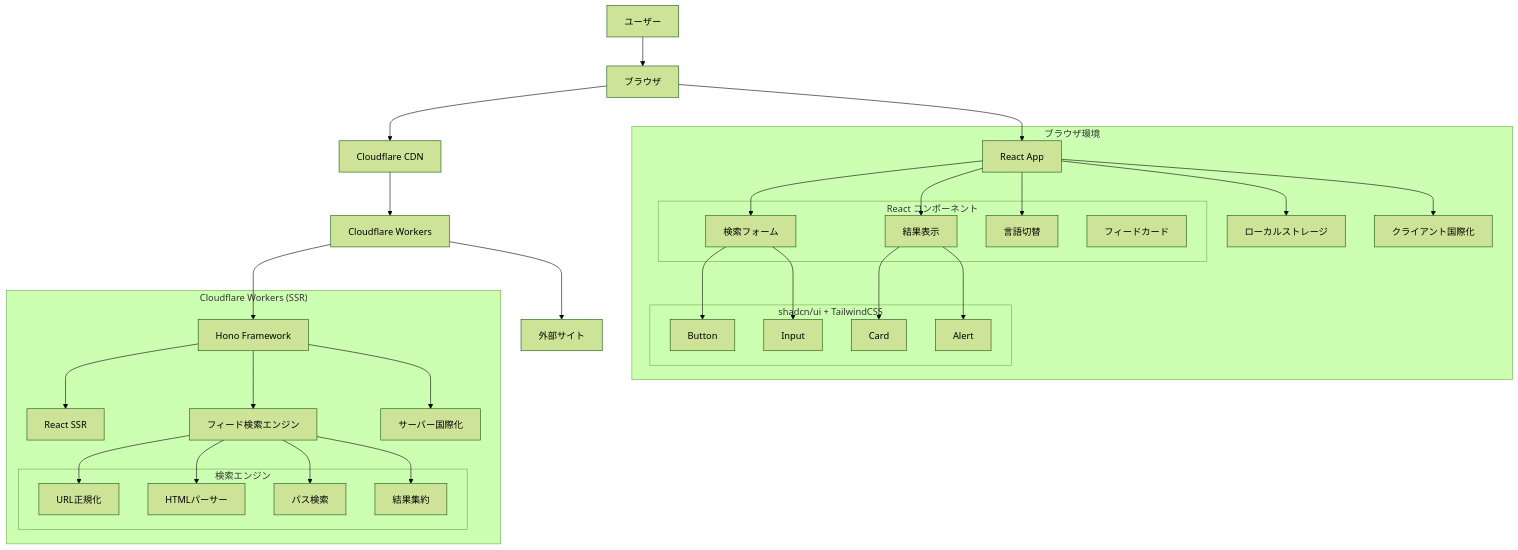
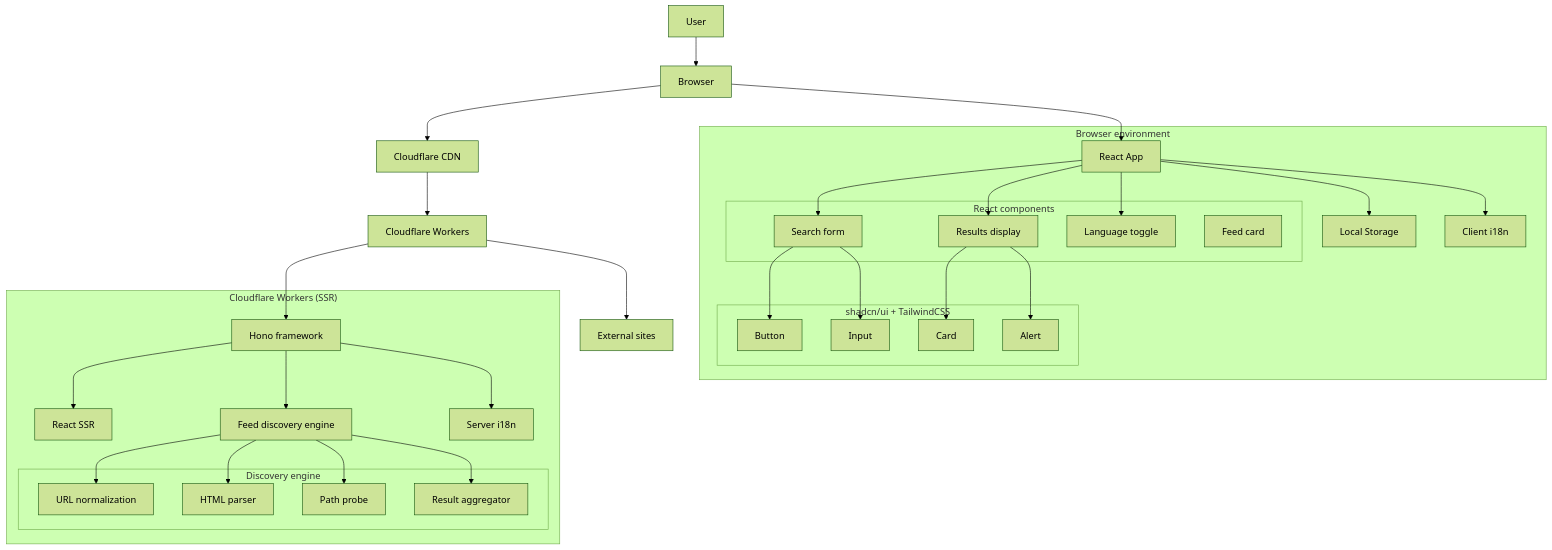
One commit to takuan-osho/feed-finder changed the first of 2 diagrams in .kiro/specs/design.md. Above: the diagram before and after it, drawn with Mermaid (forest theme). The commit also changed other lines of this file and 15 other files, not shown here.

````diff
--- a/.kiro/specs/design.md
+++ b/.kiro/specs/design.md
@@ -520,63 +520,63 @@
 ```mermaid
 graph TB
-    User[ユーザー] --> Browser[ブラウザ]
+    User[User] --> Browser[Browser]
     Browser --> CDN[Cloudflare CDN]
     CDN --> Workers[Cloudflare Workers]
-    Workers --> External[外部サイト]
+    Workers --> External[External sites]
 
-    subgraph "ブラウザ環境"
+    subgraph "Browser environment"
         React[React App]
-        LocalStorage[ローカルストレージ]
-        I18nClient[クライアント国際化]
+        LocalStorage[Local Storage]
+        I18nClient[Client i18n]
 
-        subgraph "React コンポーネント"
-            SearchForm[検索フォーム]
-            ResultDisplay[結果表示]
-            LanguageToggle[言語切替]
-            FeedCard[フィードカード]
+        subgraph "React components"
+            SearchForm[Search form]
+            ResultDisplay[Results display]
+            LanguageToggle[Language toggle]
+            FeedCard[Feed card]
         end
 
         subgraph "shadcn/ui + TailwindCSS"
             Button[Button]
             Input[Input]
             Card[Card]
             Alert[Alert]
         end
     end
 
     subgraph "Cloudflare Workers (SSR)"
-        Hono[Hono Framework]
+        Hono[Hono framework]
         ReactSSR[React SSR]
-        Search[フィード検索エンジン]
-        I18nServer[サーバー国際化]
+        Search[Feed discovery engine]
+        I18nServer[Server i18n]
 
-        subgraph "検索エンジン"
-            URLNormalizer[URL正規化]
-            HTMLParser[HTMLパーサー]
-            PathSearcher[パス検索]
-            ResultAggregator[結果集約]
+        subgraph "Discovery engine"
+            URLNormalizer[URL normalization]
+            HTMLParser[HTML parser]
+            PathSearcher[Path probe]
+            ResultAggregator[Result aggregator]
         end
     end
 
     Browser --> React
     React --> SearchForm
     React --> ResultDisplay
     React --> LanguageToggle
     React --> LocalStorage
     React --> I18nClient
 
     SearchForm --> Button
     SearchForm --> Input
     ResultDisplay --> Card
     ResultDisplay --> Alert
 
     Workers --> Hono
     Hono --> ReactSSR
     Hono --> Search
     Hono --> I18nServer
 
     Search --> URLNormalizer
     Search --> HTMLParser
     Search --> PathSearcher
     Search --> ResultAggregator
 ```
````
